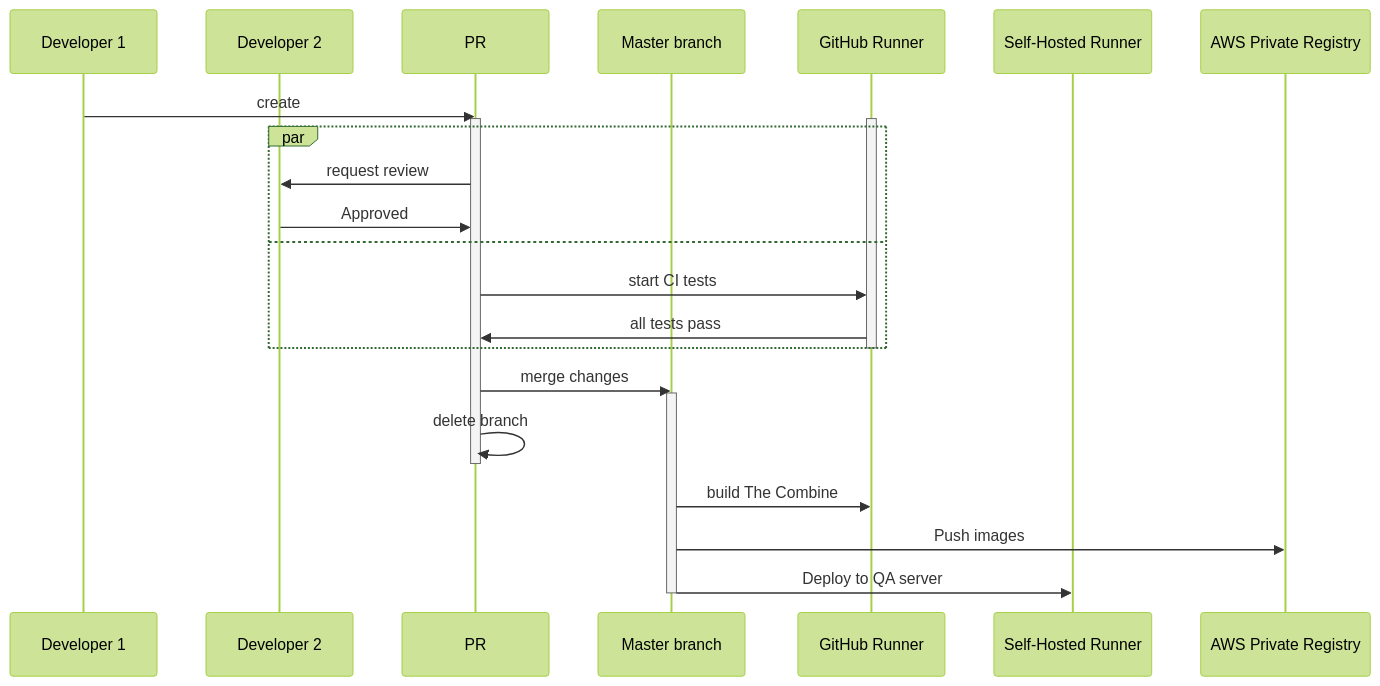
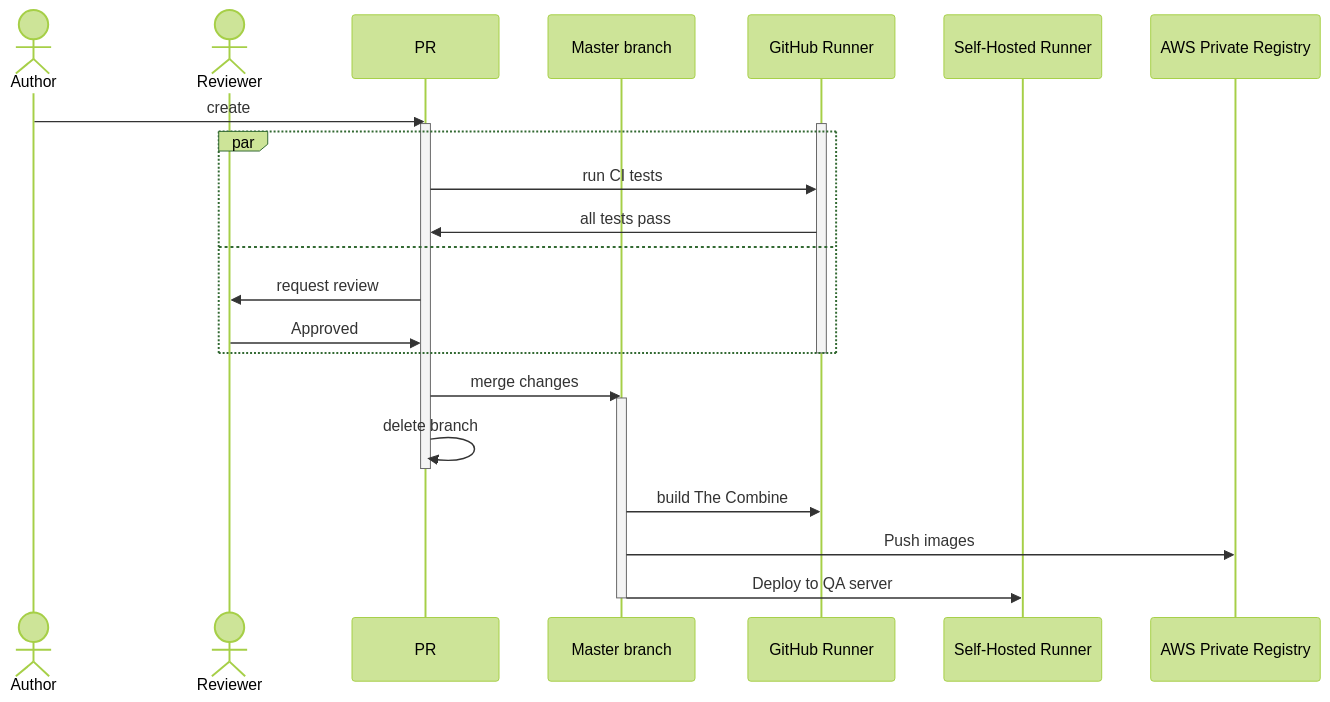
Before and after one commit to sillsdev/TheCombine: the first of 2 diagrams in README.md, drawn with Mermaid (forest theme). The commit also changed other lines of this file, not shown here.

Commit message:
Complete CI/CD diagrams

````diff
--- a/README.md
+++ b/README.md
@@ -965,30 +967,29 @@
 ```mermaid
 sequenceDiagram
-   participant D1 as Developer 1
-   participant D2 as Developer 2
+   actor Author
+   actor Reviewer
    participant PR
    participant master as Master branch
    participant GH as GitHub Runner
    participant SH as Self-Hosted Runner
    participant reg as AWS Private Registry
-   D1 ->> PR: create
+   Author ->> PR: create
    activate PR
    activate GH
    par
-      PR ->> D2: request review
-      D2 ->> PR: Approved
+      PR ->> GH: run CI tests
+      GH ->> PR: all tests pass
    and
-      PR ->> GH: start CI tests
-      GH ->> PR: all tests pass
+      PR ->> Reviewer: request review
+      Reviewer ->> PR: Approved
    end
    deactivate GH
    PR ->> master: merge changes
    activate master
    PR ->> PR: delete branch
    deactivate PR
    master ->> GH: build The Combine
    master ->> reg: Push images
    master ->> SH: Deploy to QA server
    deactivate master
-
 ```
````
